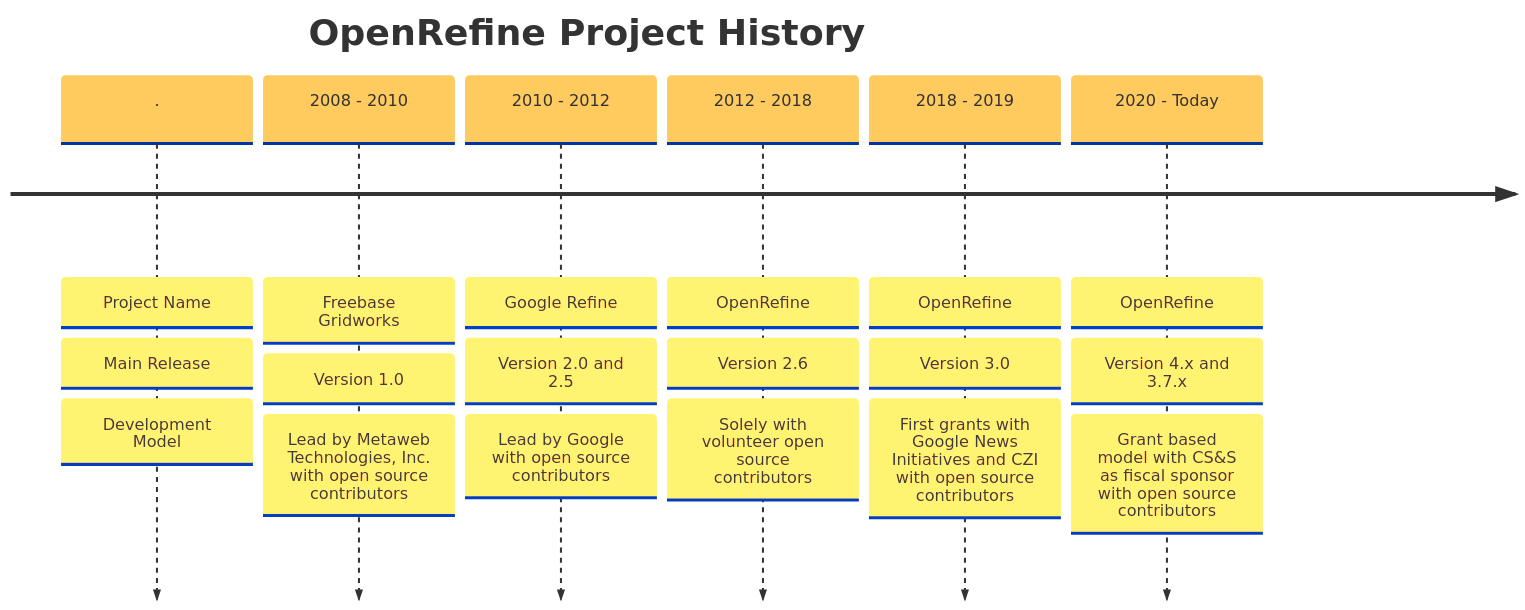
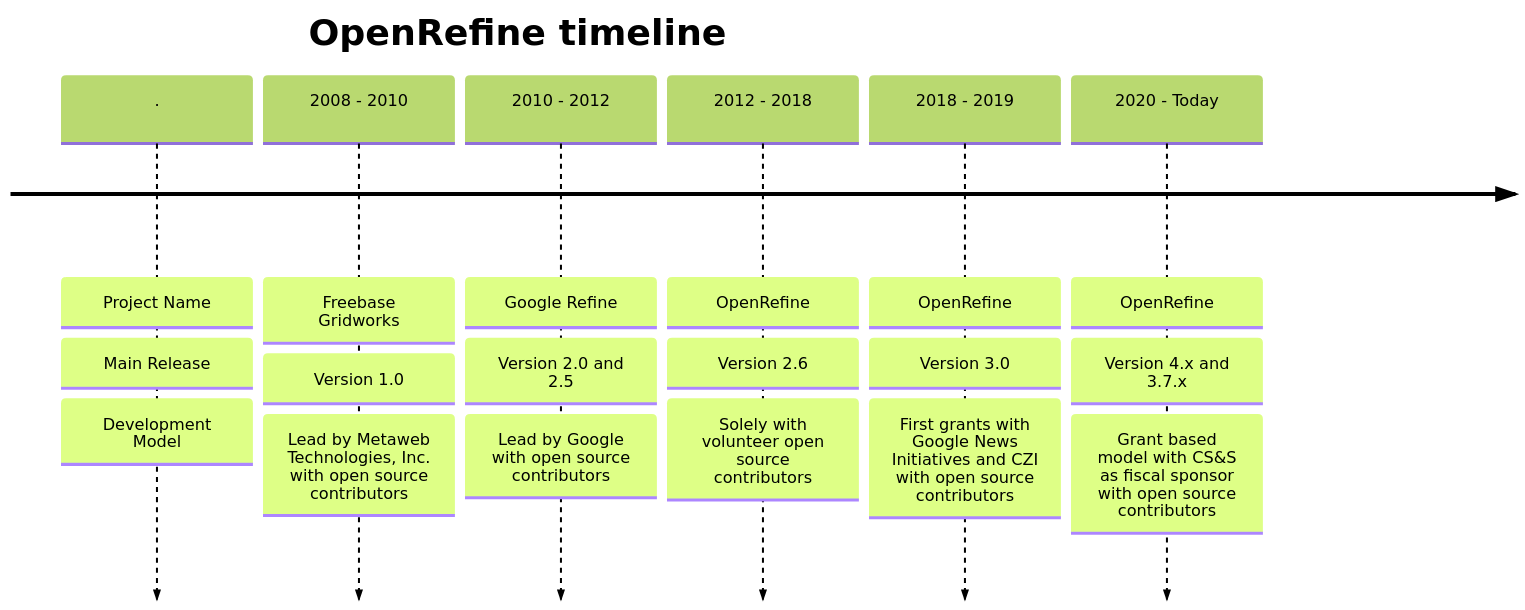
The diagram in src/pages/openrefine_history.md (OpenRefine/openrefine.org), drawn with Mermaid before and after one commit. The commit also changed other lines of this file and 3 other files, not shown here.

````diff
--- a/src/pages/openrefine_history.md
+++ b/src/pages/openrefine_history.md
@@ -7,28 +10,28 @@
 ```mermaid
-%%{init: { 'theme': 'base', 'timeline': {'disableMulticolor': true}}}%%
+%%{init: { 'theme': 'forest', 'timeline': {'disableMulticolor': true}}}%%
 timeline
-    title OpenRefine Project History
+    title OpenRefine timeline
     . : Project Name
                         : Main Release
                         : Development Model
 
       2008 - 2010 : Freebase Gridworks
                             : Version 1.0
                             : Lead by Metaweb Technologies, Inc. with open source contributors
 
     2010 - 2012 : Google Refine
                     : Version 2.0 and 2.5
                     : Lead by Google with open source contributors
 
     2012 - 2018 : OpenRefine
                     : Version 2.6
                     : Solely with volunteer open source contributors
 
       2018 - 2019 : OpenRefine
                     : Version 3.0
                     : First grants with Google News Initiatives and CZI with open source contributors
 
       2020 - Today : OpenRefine
                     : Version 4.x and 3.7.x
                     : Grant based model with CS&S as fiscal sponsor with open source contributors
 ```
````
